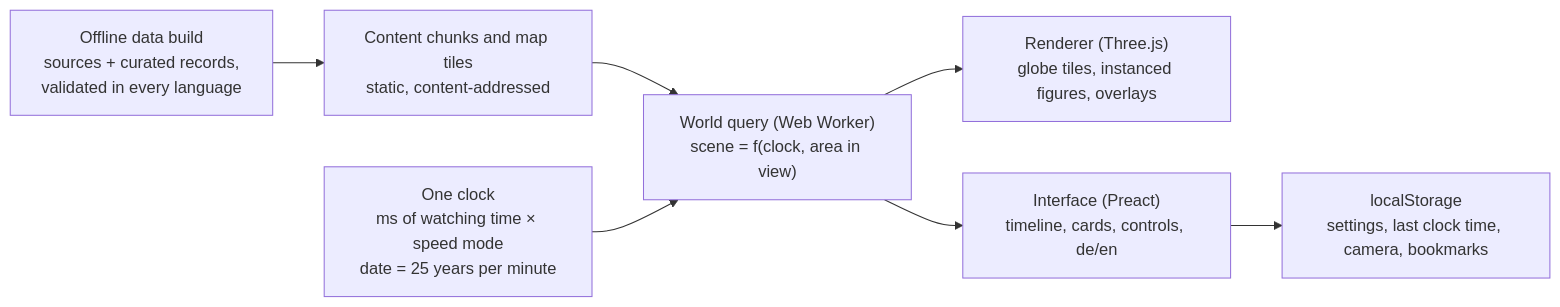
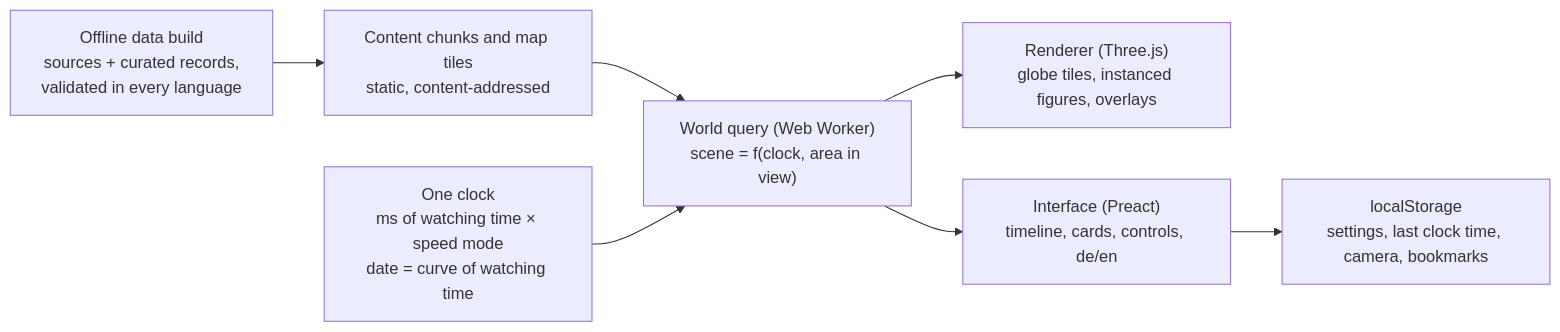
Before and after one commit to hashseed/miniworld: the diagram in docs/spec/spec.md, drawn with Mermaid. The commit also changed other lines of this file and 32 other files, not shown here.

First line of the commit message:
Time model: watching time and history time, 24 hours by a log curve

````diff
--- a/docs/spec/spec.md
+++ b/docs/spec/spec.md
@@ -214,9 +231,9 @@
 ```mermaid
 flowchart LR
   build["Offline data build<br/>sources + curated records,<br/>validated in every language"] --> packs["Content chunks and map tiles<br/>static, content-addressed"]
   packs --> query
-  clocks["One clock<br/>ms of watching time × speed mode<br/>date = 25 years per minute"] --> query["World query (Web Worker)<br/>scene = f(clock, area in view)"]
+  clocks["One clock<br/>ms of watching time × speed mode<br/>date = curve of watching time"] --> query["World query (Web Worker)<br/>scene = f(clock, area in view)"]
   query --> renderer["Renderer (Three.js)<br/>globe tiles, instanced figures, overlays"]
   query --> ui["Interface (Preact)<br/>timeline, cards, controls, de/en"]
   ui --> storage["localStorage<br/>settings, last clock time, camera, bookmarks"]
 ```
````
